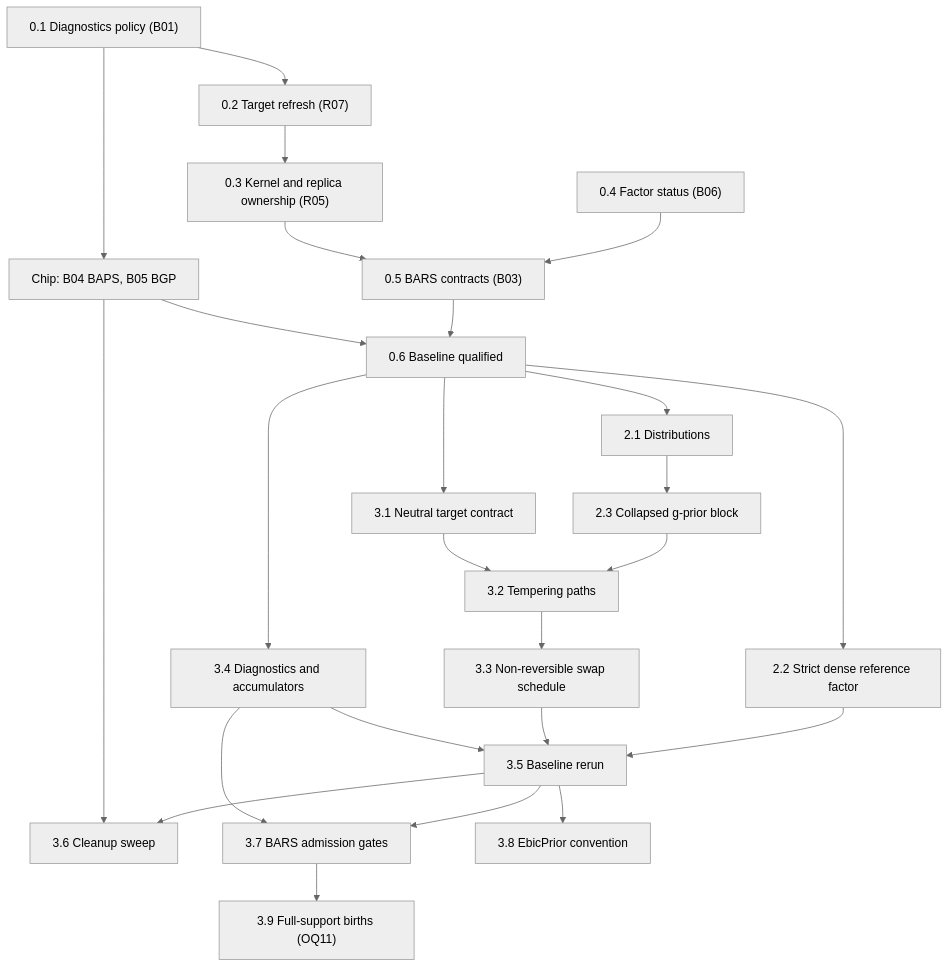
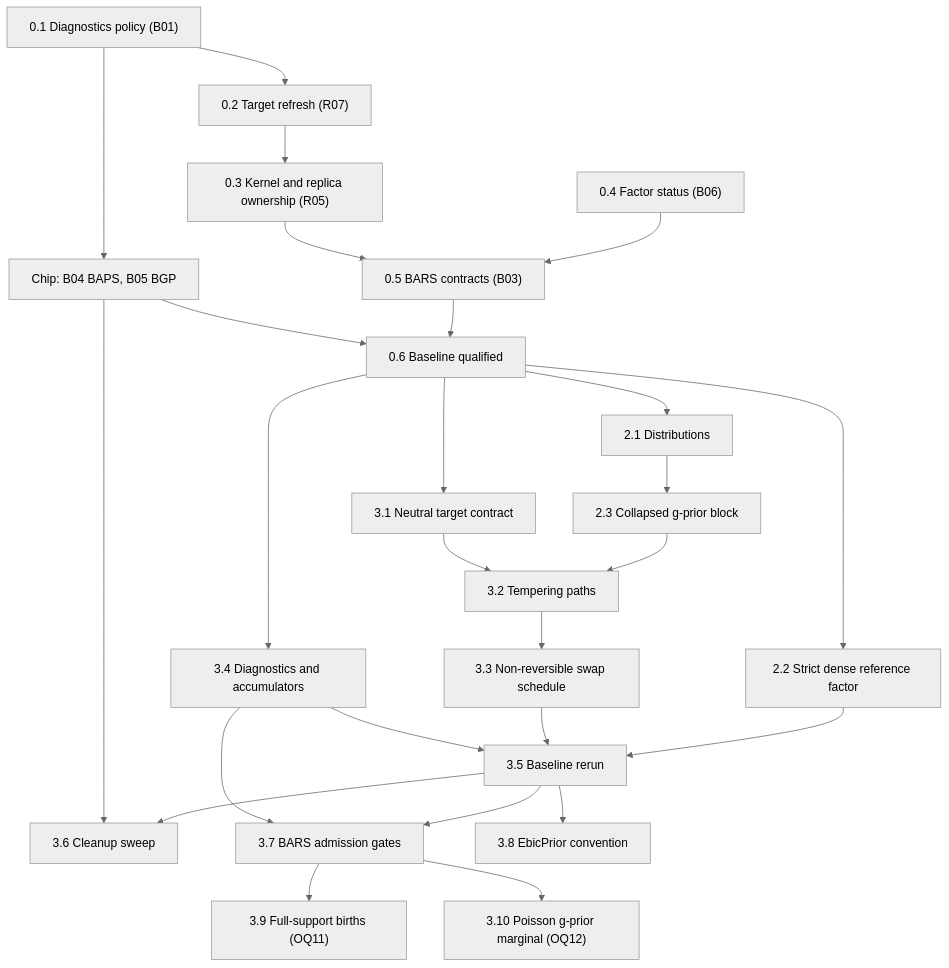
The diagram in issues/regression/bass-preparation-brief.md (aghado01/ThermoMapper), drawn with Mermaid (neutral theme) before and after one commit. The commit also changed other lines of this file, not shown here.

First line of the commit message:
docs(regression): OQ12 decided: the Poisson g-prior marginal as step 3.10, with BIC kept

````diff
--- a/issues/regression/bass-preparation-brief.md
+++ b/issues/regression/bass-preparation-brief.md
@@ -30,27 +30,28 @@
 ```mermaid
 flowchart TD
     A["0.1 Diagnostics policy (B01)"] --> B["0.2 Target refresh (R07)"]
     B --> C["0.3 Kernel and replica ownership (R05)"]
     A --> X["Chip: B04 BAPS, B05 BGP"]
     D["0.4 Factor status (B06)"] --> E["0.5 BARS contracts (B03)"]
     C --> E
     E --> G["0.6 Baseline qualified"]
     X --> G
     G --> H["2.1 Distributions"]
     G --> I["2.2 Strict dense reference factor"]
     H --> J["2.3 Collapsed g-prior block"]
     G --> K["3.1 Neutral target contract"]
     J --> L["3.2 Tempering paths"]
     K --> L
     L --> M["3.3 Non-reversible swap schedule"]
     G --> N["3.4 Diagnostics and accumulators"]
     I --> O["3.5 Baseline rerun"]
     M --> O
     N --> O
     O --> P["3.6 Cleanup sweep"]
     X --> P
     O --> Q["3.7 BARS admission gates"]
     N --> Q
     O --> R["3.8 EbicPrior convention"]
     Q --> S["3.9 Full-support births (OQ11)"]
+    Q --> T["3.10 Poisson g-prior marginal (OQ12)"]
 ```
````
